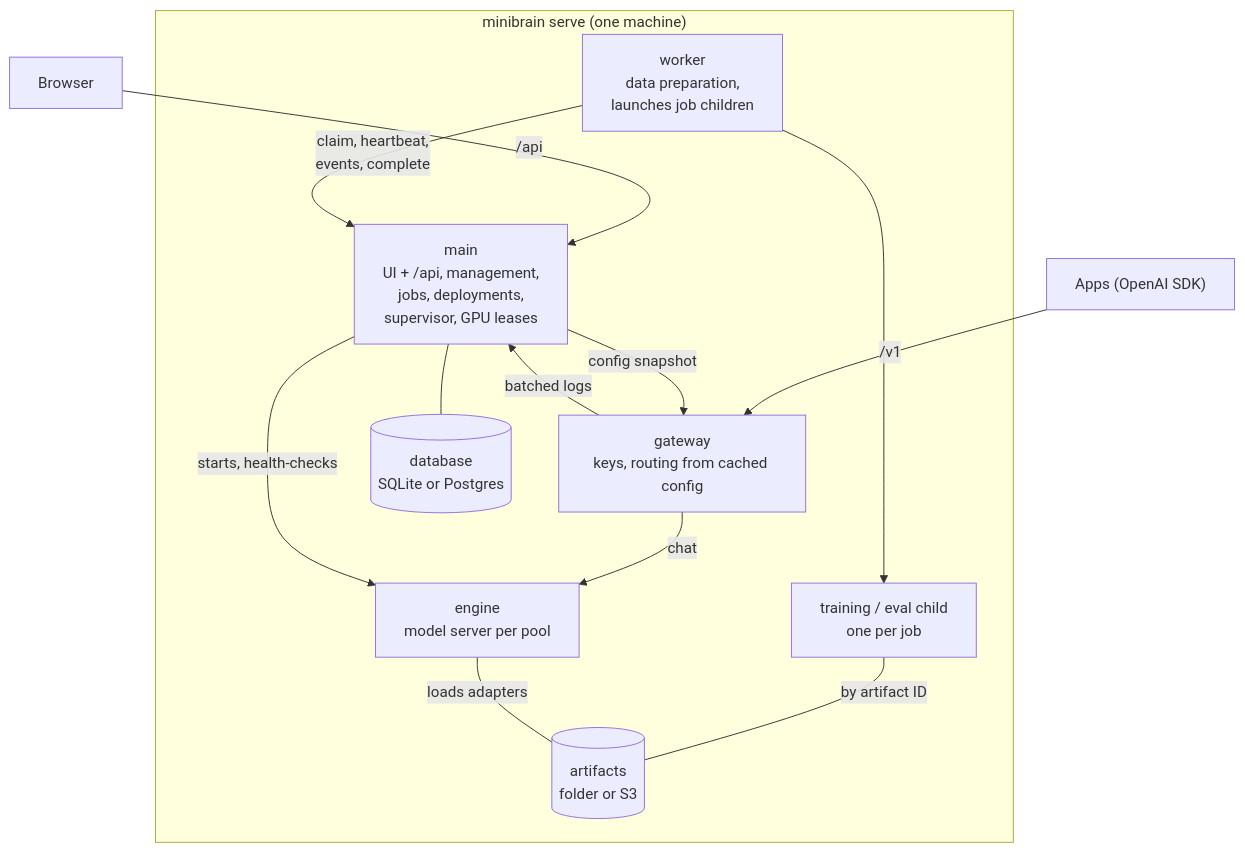
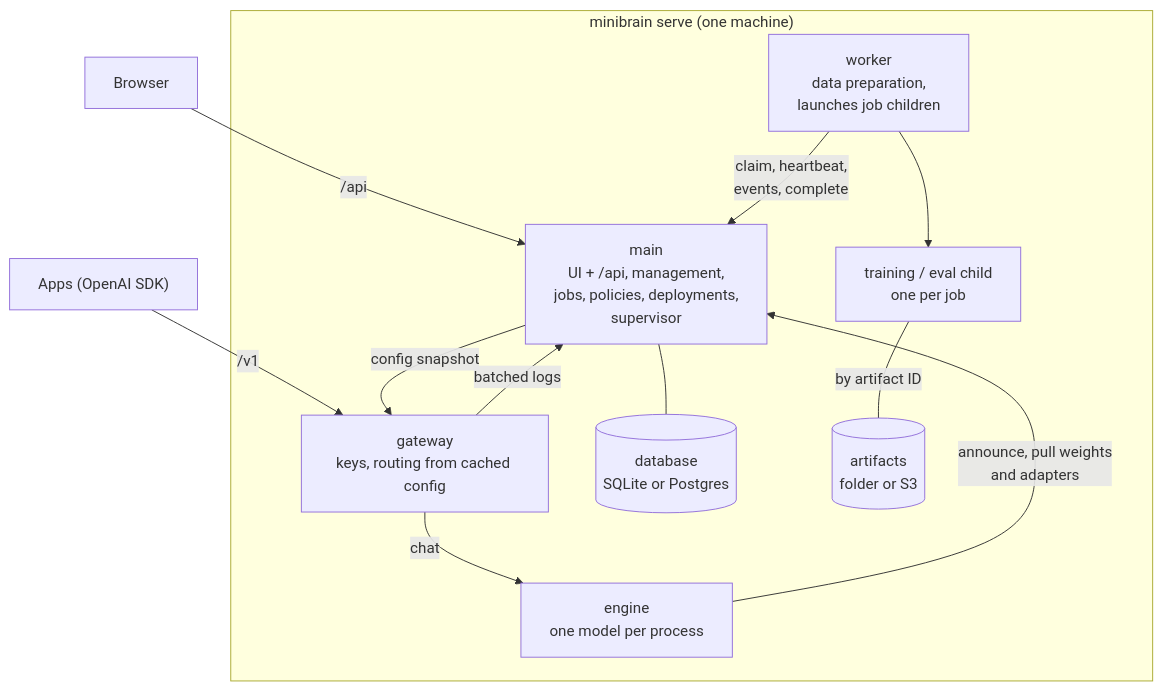
One commit to offbeatport/minibrain changed the first of 5 diagrams in docs/architecture.md. Above: the diagram before and after it, drawn with Mermaid. The commit also changed other lines of this file and 1 other file, not shown here.

First line of the commit message:
docs: pools, engine selection, routing, policies, leader election and tradeoffs

````diff
--- a/docs/architecture.md
+++ b/docs/architecture.md
@@ -14,25 +24,24 @@
 ```mermaid
 flowchart TB
     browser["Browser"] -- "/api" --> main
     apps["Apps (OpenAI SDK)"] -- "/v1" --> gateway
 
     subgraph tree["minibrain serve (one machine)"]
-        main["main<br/>UI + /api, management,<br/>jobs, deployments,<br/>supervisor, GPU leases"]
+        main["main<br/>UI + /api, management,<br/>jobs, policies, deployments,<br/>supervisor"]
         gateway["gateway<br/>keys, routing from cached config"]
         worker["worker<br/>data preparation,<br/>launches job children"]
         train["training / eval child<br/>one per job"]
-        engine["engine<br/>model server per pool"]
+        engine["engine<br/>one model per process"]
         db[("database<br/>SQLite or Postgres")]
         store[("artifacts<br/>folder or S3")]
 
         main --- db
         main -- "config snapshot" --> gateway
         gateway -- "batched logs" --> main
         worker -- "claim, heartbeat,<br/>events, complete" --> main
         worker --> train
         gateway -- "chat" --> engine
-        main -- "starts, health-checks" --> engine
+        engine -- "announce, pull weights<br/>and adapters" --> main
         train -- "by artifact ID" --- store
-        engine -- "loads adapters" --- store
     end
 ```
````
